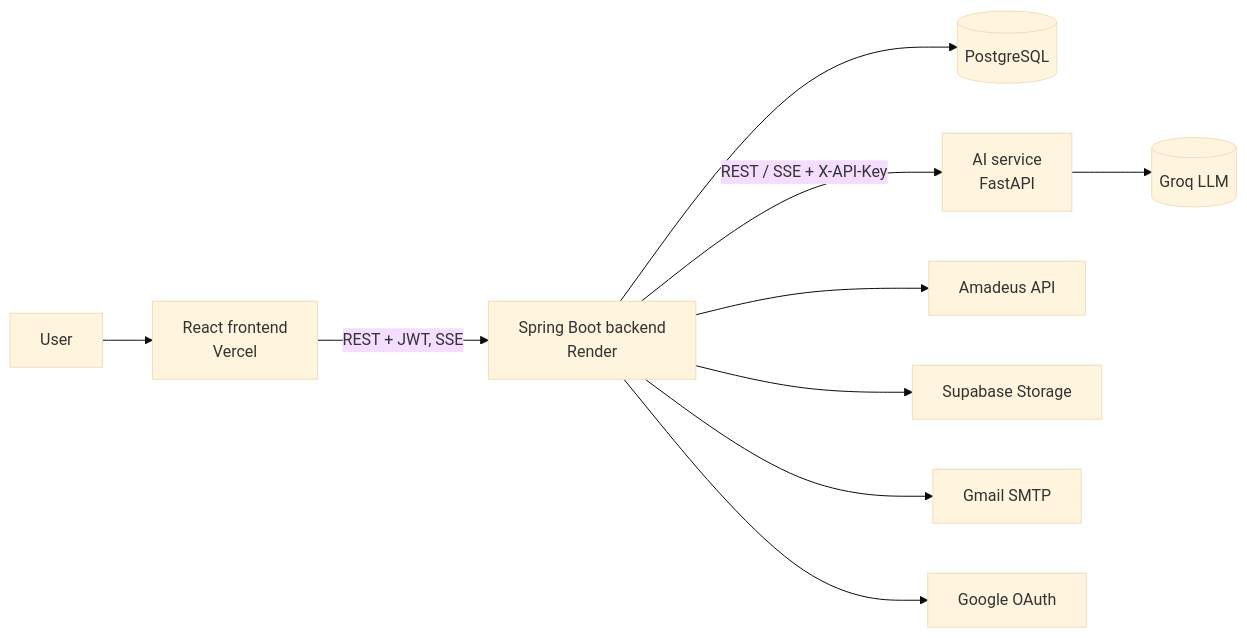
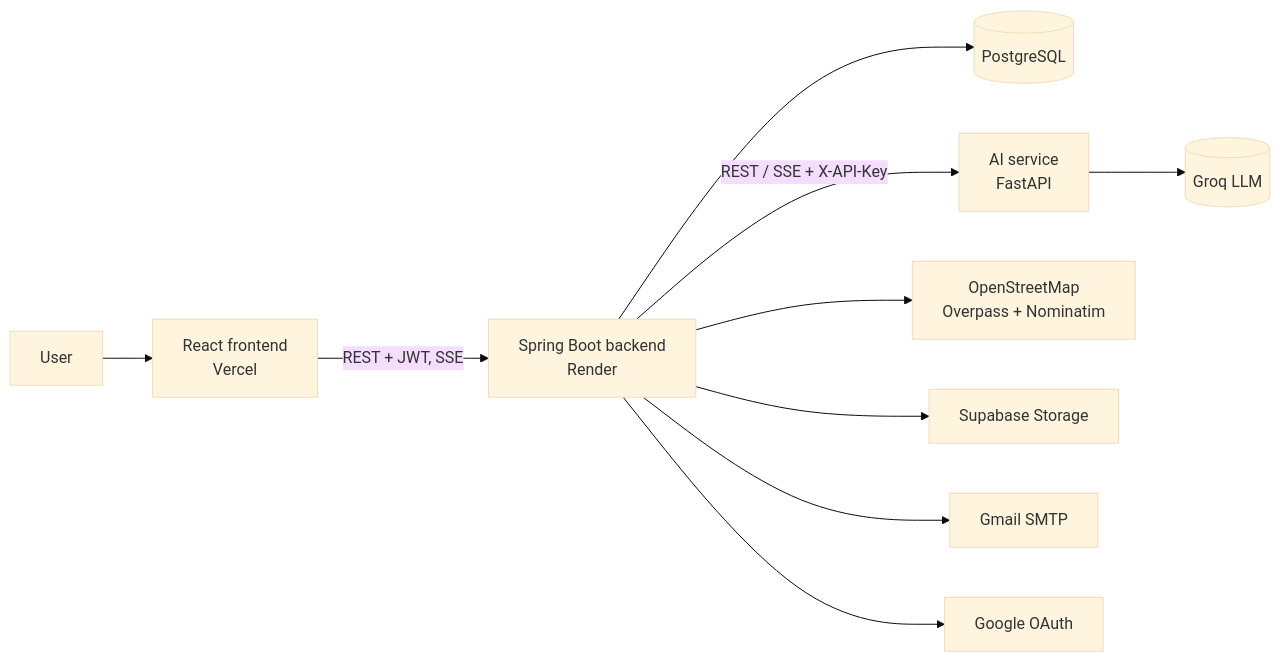
One commit to browny26/atlas-backend changed the first of 2 diagrams in README.md. Above: the diagram before and after it, drawn with Mermaid (base theme). The commit also changed other lines of this file and 26 other files, not shown here.

First line of the commit message:
Replace the retired Amadeus APIs with OpenStreetMap and an airport dataset (#6)

````diff
--- a/README.md
+++ b/README.md
@@ -31,12 +31,12 @@
 ```mermaid
 graph LR
   U[User] --> FE[React frontend<br/>Vercel]
   FE -->|REST + JWT, SSE| BE[Spring Boot backend<br/>Render]
   BE --> DB[(PostgreSQL)]
   BE -->|REST / SSE + X-API-Key| AI[AI service<br/>FastAPI]
   AI --> LLM[(Groq LLM)]
-  BE --> AM[Amadeus API]
+  BE --> OSM[OpenStreetMap<br/>Overpass + Nominatim]
   BE --> SB[Supabase Storage]
   BE --> GM[Gmail SMTP]
   BE --> GO[Google OAuth]
 ```
````
